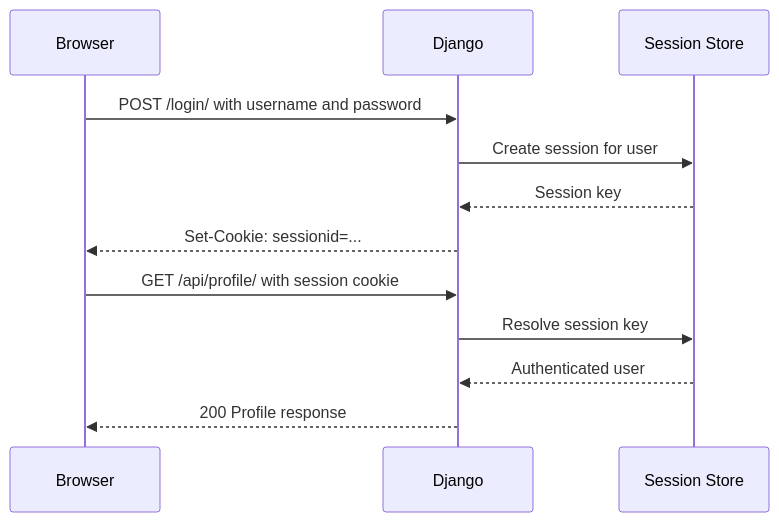
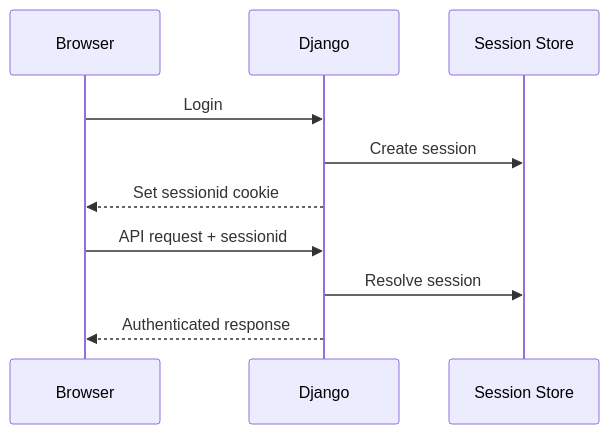
Before and after one commit to AvadhBhalodiya/Interview-Preparation: the third of 7 diagrams in src/content/drf/authentication.md, drawn with Mermaid. The commit also changed other lines of this file and 80 other files, not shown here.

````diff
--- a/src/content/drf/authentication.md
+++ b/src/content/drf/authentication.md
@@ -150,15 +89,13 @@
 ```mermaid
 sequenceDiagram
     participant Browser
     participant Django
     participant SessionStore as Session Store
 
-    Browser->>Django: POST /login/ with username and password
-    Django->>SessionStore: Create session for user
-    SessionStore-->>Django: Session key
-    Django-->>Browser: Set-Cookie: sessionid=...
-    Browser->>Django: GET /api/profile/ with session cookie
-    Django->>SessionStore: Resolve session key
-    SessionStore-->>Django: Authenticated user
-    Django-->>Browser: 200 Profile response
+    Browser->>Django: Login
+    Django->>SessionStore: Create session
+    Django-->>Browser: Set sessionid cookie
+    Browser->>Django: API request + sessionid
+    Django->>SessionStore: Resolve session
+    Django-->>Browser: Authenticated response
 ```
````
